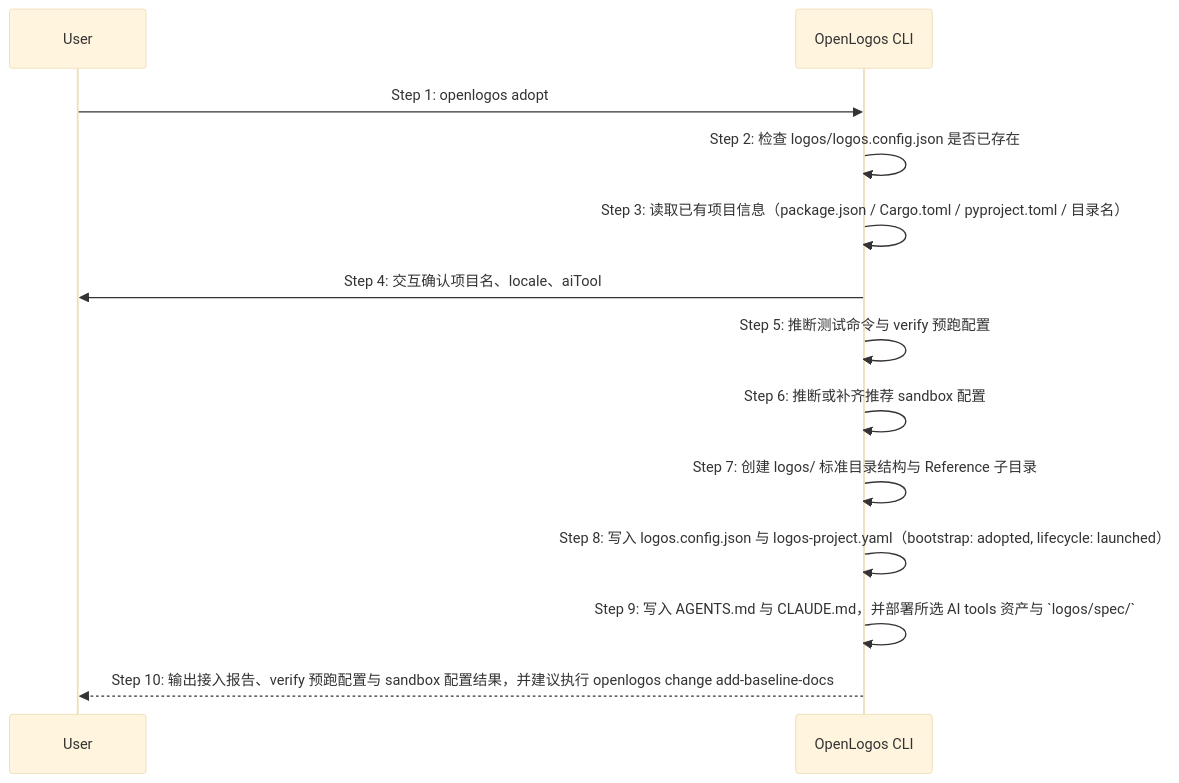
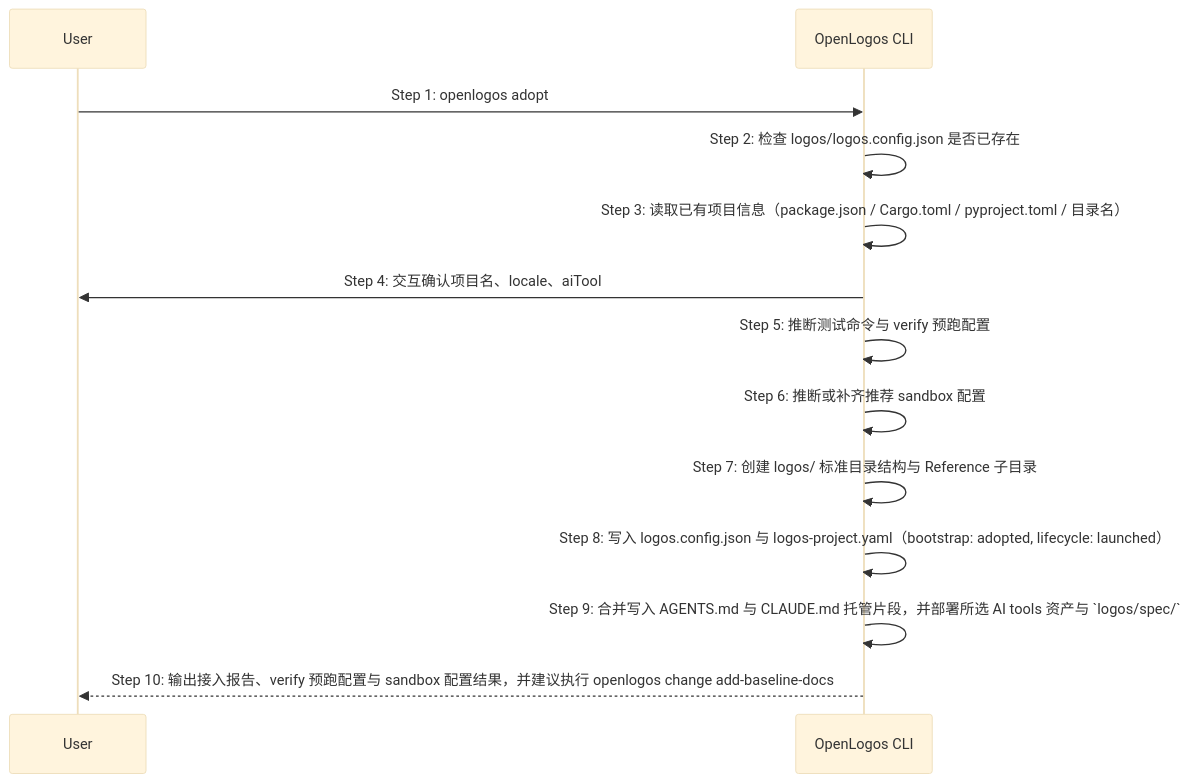
Before and after one commit to miniidealab/openlogos: the diagram in logos/resources/prd/3-technical-plan/2-scenario-implementation/core-S20-adopt-existing-project.md, drawn with Mermaid (base theme). The commit also changed other lines of this file and 12 other files, not shown here.

````diff
--- a/logos/resources/prd/3-technical-plan/2-scenario-implementation/core-S20-adopt-existing-project.md
+++ b/logos/resources/prd/3-technical-plan/2-scenario-implementation/core-S20-adopt-existing-project.md
@@ -3,16 +4,16 @@
 ```mermaid
 sequenceDiagram
     participant U as User
     participant C as OpenLogos CLI
 
     U->>C: Step 1: openlogos adopt
     C->>C: Step 2: 检查 logos/logos.config.json 是否已存在
     C->>C: Step 3: 读取已有项目信息（package.json / Cargo.toml / pyproject.toml / 目录名）
     C->>U: Step 4: 交互确认项目名、locale、aiTool
     C->>C: Step 5: 推断测试命令与 verify 预跑配置
     C->>C: Step 6: 推断或补齐推荐 sandbox 配置
     C->>C: Step 7: 创建 logos/ 标准目录结构与 Reference 子目录
     C->>C: Step 8: 写入 logos.config.json 与 logos-project.yaml（bootstrap: adopted, lifecycle: launched）
-    C->>C: Step 9: 写入 AGENTS.md 与 CLAUDE.md，并部署所选 AI tools 资产与 `logos/spec/`
+    C->>C: Step 9: 合并写入 AGENTS.md 与 CLAUDE.md 托管片段，并部署所选 AI tools 资产与 `logos/spec/`
     C-->>U: Step 10: 输出接入报告、verify 预跑配置与 sandbox 配置结果，并建议执行 openlogos change add-baseline-docs
 ```
````
